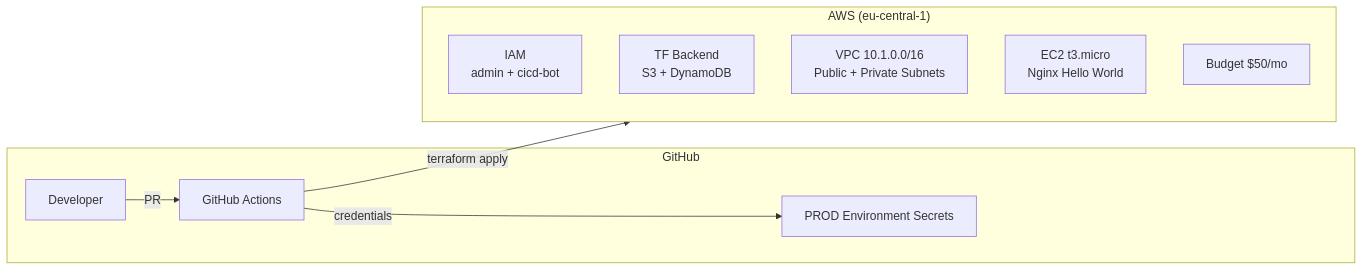
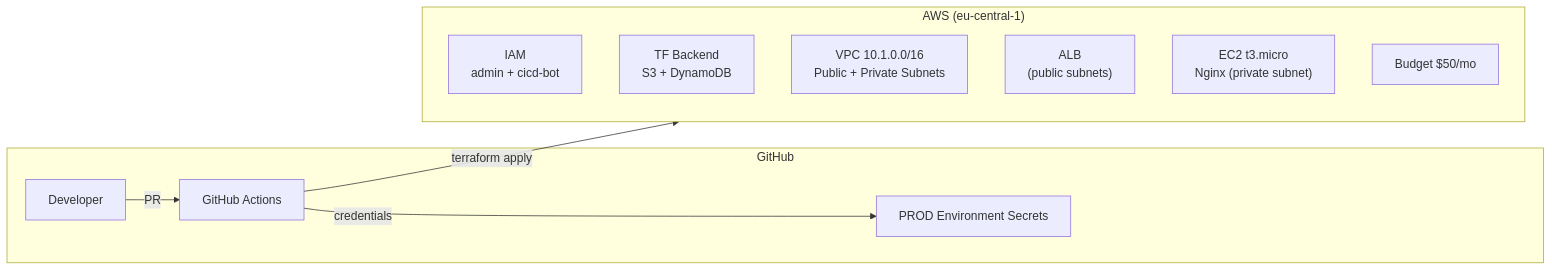
The first of 5 diagrams in docs/architecture.md (kse-bd8338bbe006/aws-env-setup), drawn with Mermaid before and after one commit. The commit also changed other lines of this file and 4 other files, not shown here.

````diff
--- a/docs/architecture.md
+++ b/docs/architecture.md
@@ -5,17 +5,18 @@
 ```mermaid
 graph LR
     subgraph GitHub
         Dev[Developer] -->|PR| Actions[GitHub Actions]
         Actions -->|credentials| Secrets[PROD Environment Secrets]
     end
 
     Actions -->|terraform apply| AWS
 
     subgraph AWS["AWS (eu-central-1)"]
-        IAM["IAM\nadmin + cicd-bot"]
-        Backend["TF Backend\nS3 + DynamoDB"]
-        VPC["VPC 10.1.0.0/16\nPublic + Private Subnets"]
-        EC2["EC2 t3.micro\nNginx Hello World"]
+        IAM["IAM<br/>admin + cicd-bot"]
+        Backend["TF Backend<br/>S3 + DynamoDB"]
+        VPC["VPC 10.1.0.0/16<br/>Public + Private Subnets"]
+        ALB["ALB<br/>(public subnets)"]
+        EC2["EC2 t3.micro<br/>Nginx (private subnet)"]
         Budget["Budget $50/mo"]
     end
 ```
````
